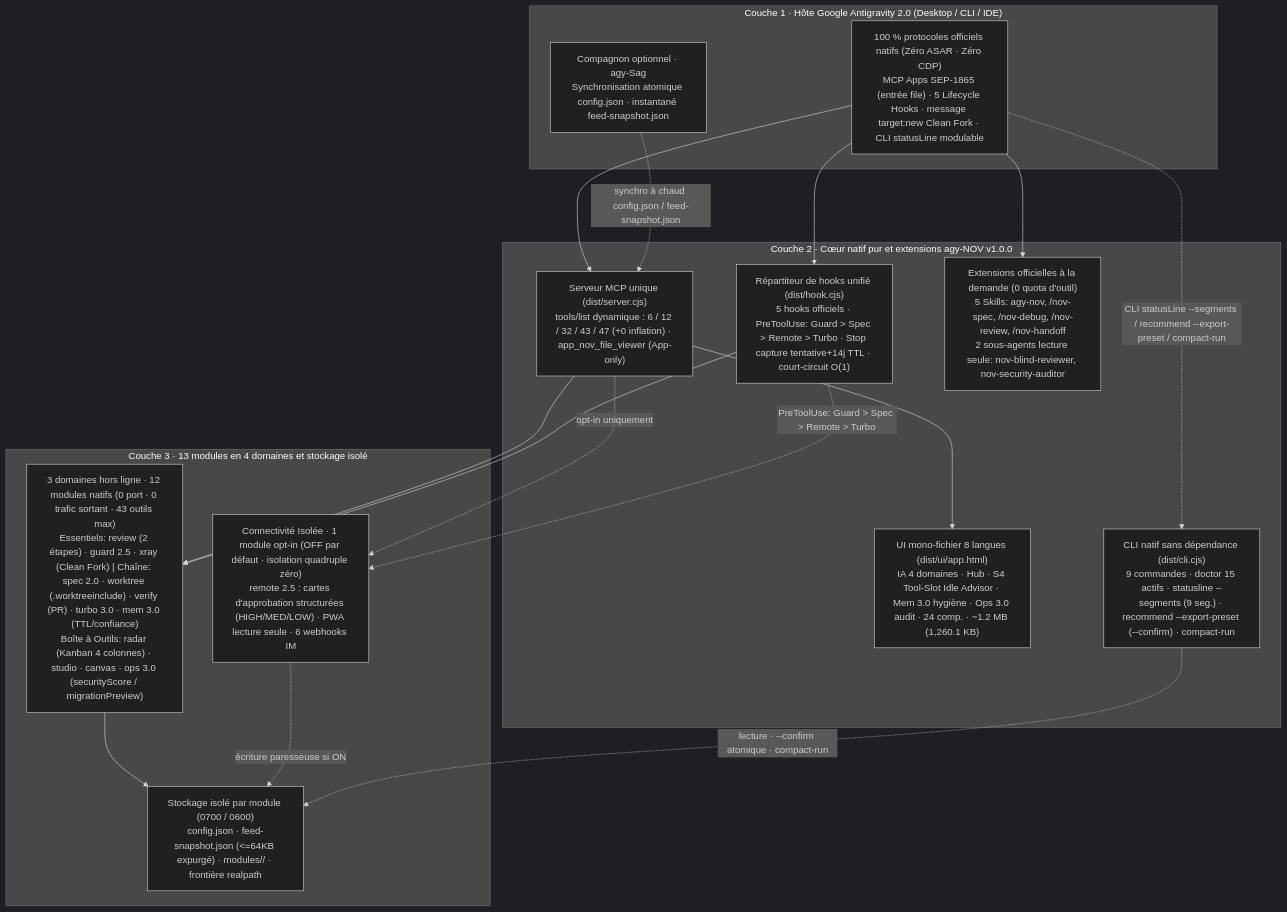
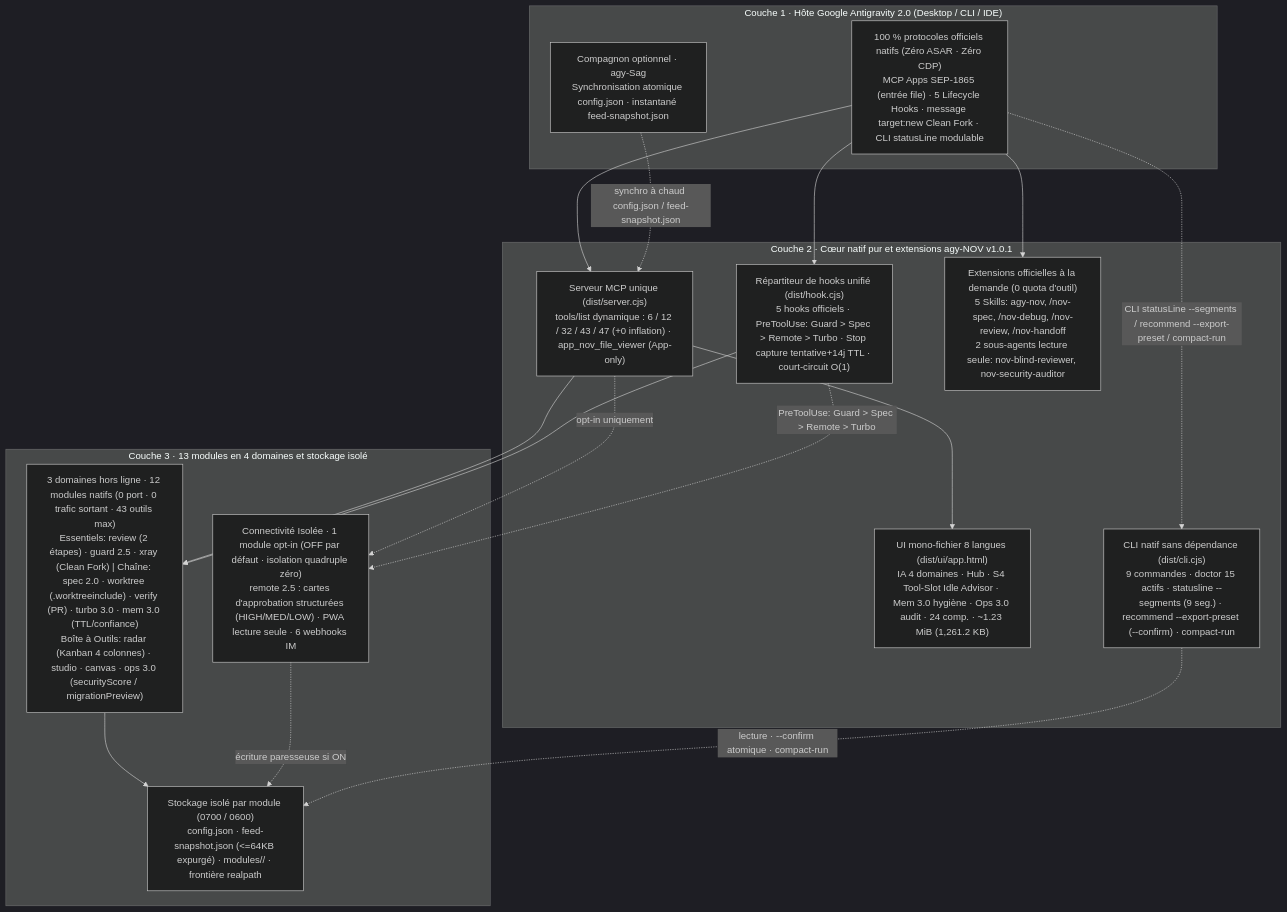
The diagram in docs/i18n/README.fr.md (tone-leh/agy-NOV), drawn with Mermaid (dark theme) before and after one commit. The commit also changed other lines of this file and 69 other files, not shown here.

````diff
--- a/docs/i18n/README.fr.md
+++ b/docs/i18n/README.fr.md
@@ -237,35 +241,35 @@
 ```mermaid
 flowchart TB
   subgraph L1["Couche 1 · Hôte Google Antigravity 2.0 (Desktop / CLI / IDE)"]
     Host["100 % protocoles officiels natifs (Zéro ASAR · Zéro CDP)\nMCP Apps SEP-1865 (entrée file) · 5 Lifecycle Hooks · message target:new Clean Fork · CLI statusLine modulable"]
     Sag["Compagnon optionnel · agy-Sag\nSynchronisation atomique config.json · instantané feed-snapshot.json"]
   end
 
-  subgraph L2["Couche 2 · Cœur natif pur et extensions agy-NOV v1.0.0"]
+  subgraph L2["Couche 2 · Cœur natif pur et extensions agy-NOV v1.0.1"]
     MCP["Serveur MCP unique (dist/server.cjs)\ntools/list dynamique : 6 / 12 / 32 / 43 / 47 (+0 inflation) · app_nov_file_viewer (App-only)"]
     Hook["Répartiteur de hooks unifié (dist/hook.cjs)\n5 hooks officiels · PreToolUse: Guard > Spec > Remote > Turbo · Stop capture tentative+14j TTL · court-circuit O(1)"]
-    UI["UI mono-fichier 8 langues (dist/ui/app.html)\nIA 4 domaines · Hub · S4 Tool-Slot Idle Advisor · Mem 3.0 hygiène · Ops 3.0 audit · 24 comp. · ~1.2 MB (1,260.1 KB)"]
+    UI["UI mono-fichier 8 langues (dist/ui/app.html)\nIA 4 domaines · Hub · S4 Tool-Slot Idle Advisor · Mem 3.0 hygiène · Ops 3.0 audit · 24 comp. · ~1.23 MiB (1,261.2 KB)"]
     Ext["Extensions officielles à la demande (0 quota d'outil)\n5 Skills: agy-nov, /nov-spec, /nov-debug, /nov-review, /nov-handoff\n2 sous-agents lecture seule: nov-blind-reviewer, nov-security-auditor"]
     CLI["CLI natif sans dépendance (dist/cli.cjs)\n9 commandes · doctor 15 actifs · statusline --segments (9 seg.) · recommend --export-preset (--confirm) · compact-run"]
   end
 
   subgraph L3["Couche 3 · 13 modules en 4 domaines et stockage isolé"]
     T1["3 domaines hors ligne · 12 modules natifs (0 port · 0 trafic sortant · 43 outils max)\nEssentiels: review (2 étapes) · guard 2.5 · xray (Clean Fork) | Chaîne: spec 2.0 · worktree (.worktreeinclude) · verify (PR) · turbo 3.0 · mem 3.0 (TTL/confiance)\nBoîte à Outils: radar (Kanban 4 colonnes) · studio · canvas · ops 3.0 (securityScore / migrationPreview)"]
     T2R["Connectivité Isolée · 1 module opt-in (OFF par défaut · isolation quadruple zéro)\nremote 2.5 : cartes d'approbation structurées (HIGH/MED/LOW) · PWA lecture seule · 6 webhooks IM"]
     Store["Stockage isolé par module (0700 / 0600)\nconfig.json · feed-snapshot.json (<=64KB expurgé) · modules/<id>/ · frontière realpath"]
   end
 
   Host --> MCP
   Host --> Hook
   Host --> Ext
   Host -. "CLI statusLine --segments / recommend --export-preset / compact-run" .-> CLI
   Sag -. "synchro à chaud config.json / feed-snapshot.json" .-> MCP
   MCP --> UI
   MCP --> T1
   MCP -. "opt-in uniquement" .-> T2R
   Hook --> T1
   Hook -. "PreToolUse: Guard > Spec > Remote > Turbo" .-> T2R
   T1 --> Store
   T2R -. "écriture paresseuse si ON" .-> Store
   CLI -. "lecture · --confirm atomique · compact-run" .-> Store
 ```
````
